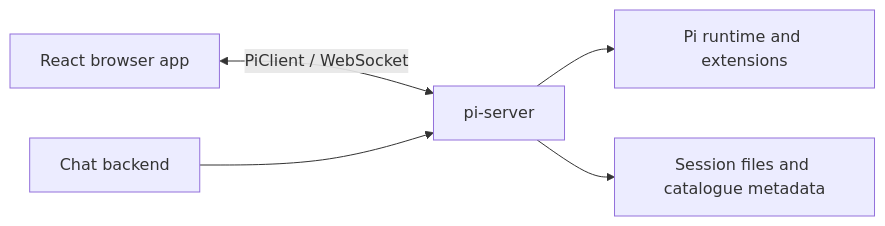
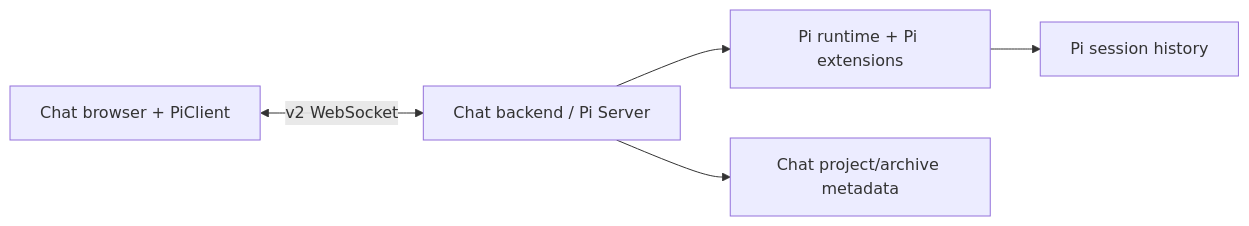
Before and after one commit to ManuelSelch/pi-chat: the diagram in docs/architecture.md, drawn with Mermaid. The commit also changed other lines of this file and 7 other files, not shown here.

Commit message:
docs(architecture): map state ownership and define the minimal core

````diff
--- a/docs/architecture.md
+++ b/docs/architecture.md
@@ -8,7 +7,7 @@
 ```mermaid
 flowchart LR
-    Browser[React browser app] <-->|PiClient / WebSocket| Server[pi-server]
-    Backend[Chat backend] --> Server
-    Server --> Pi[Pi runtime and extensions]
-    Server --> History[Session files and catalogue metadata]
+    Browser["Chat browser + PiClient"] <-->|"v2 WebSocket"| Host["Chat backend / Pi Server"]
+    Host --> Pi["Pi runtime + Pi extensions"]
+    Pi --> History["Pi session history"]
+    Host --> Metadata["Chat project/archive metadata"]
 ```
````
